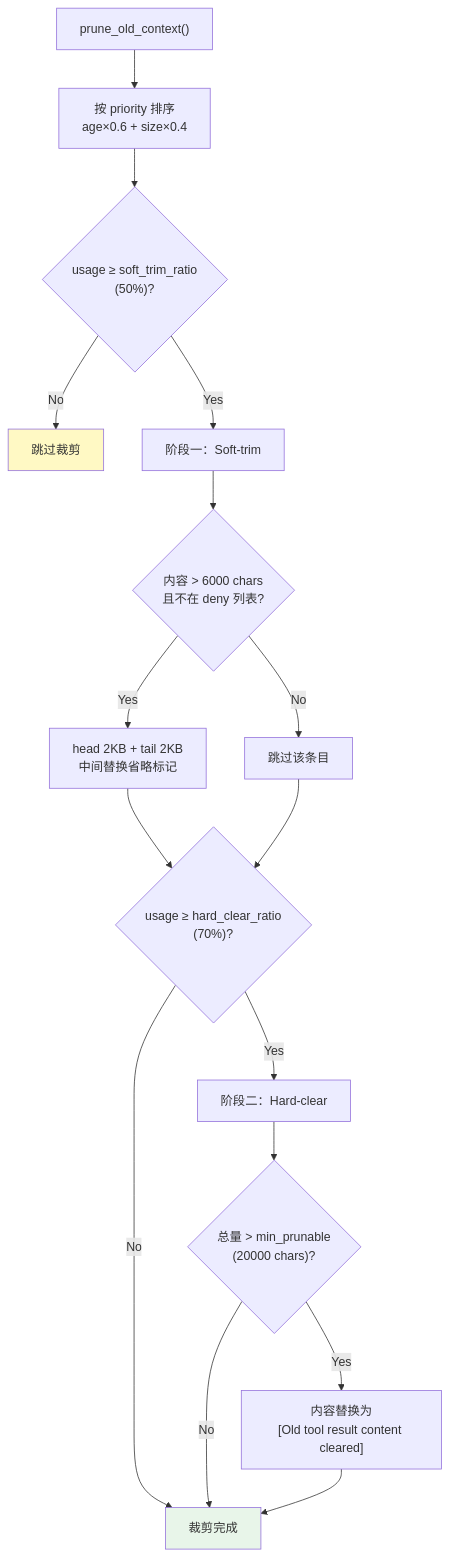
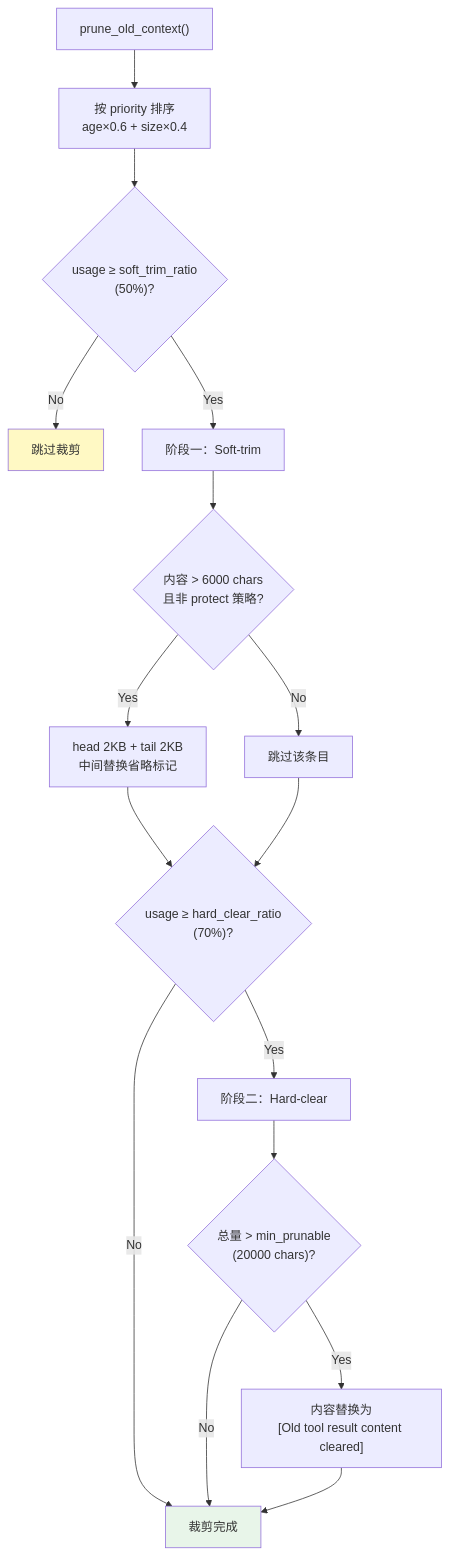
One commit to shiwenwen/hope-agent changed the second of 3 diagrams in docs/architecture/context-compact.md. Above: the diagram before and after it, drawn with Mermaid. The commit also changed other lines of this file and 7 other files, not shown here.

````diff
--- a/docs/architecture/context-compact.md
+++ b/docs/architecture/context-compact.md
@@ -90,20 +90,20 @@
 ```mermaid
 flowchart TD
     Start["prune_old_context()"] --> Sort["按 priority 排序<br/>age×0.6 + size×0.4"]
     Sort --> Check1{"usage ≥ soft_trim_ratio<br/>(50%)?"}
     Check1 -- No --> Skip["跳过裁剪"]
     Check1 -- Yes --> Soft["阶段一：Soft-trim"]
-    Soft --> Filter1{"内容 > 6000 chars<br/>且不在 deny 列表?"}
+    Soft --> Filter1{"内容 > 6000 chars<br/>且非 protect 策略?"}
     Filter1 -- Yes --> Trim["head 2KB + tail 2KB<br/>中间替换省略标记"]
     Filter1 -- No --> Next1["跳过该条目"]
     Trim --> Check2{"usage ≥ hard_clear_ratio<br/>(70%)?"}
     Next1 --> Check2
     Check2 -- No --> Done["裁剪完成"]
     Check2 -- Yes --> Hard["阶段二：Hard-clear"]
     Hard --> Filter2{"总量 > min_prunable<br/>(20000 chars)?"}
     Filter2 -- No --> Done
     Filter2 -- Yes --> Clear["内容替换为<br/>[Old tool result content cleared]"]
     Clear --> Done
     style Done fill:#e8f5e9
     style Skip fill:#fff9c4
 ```
````
